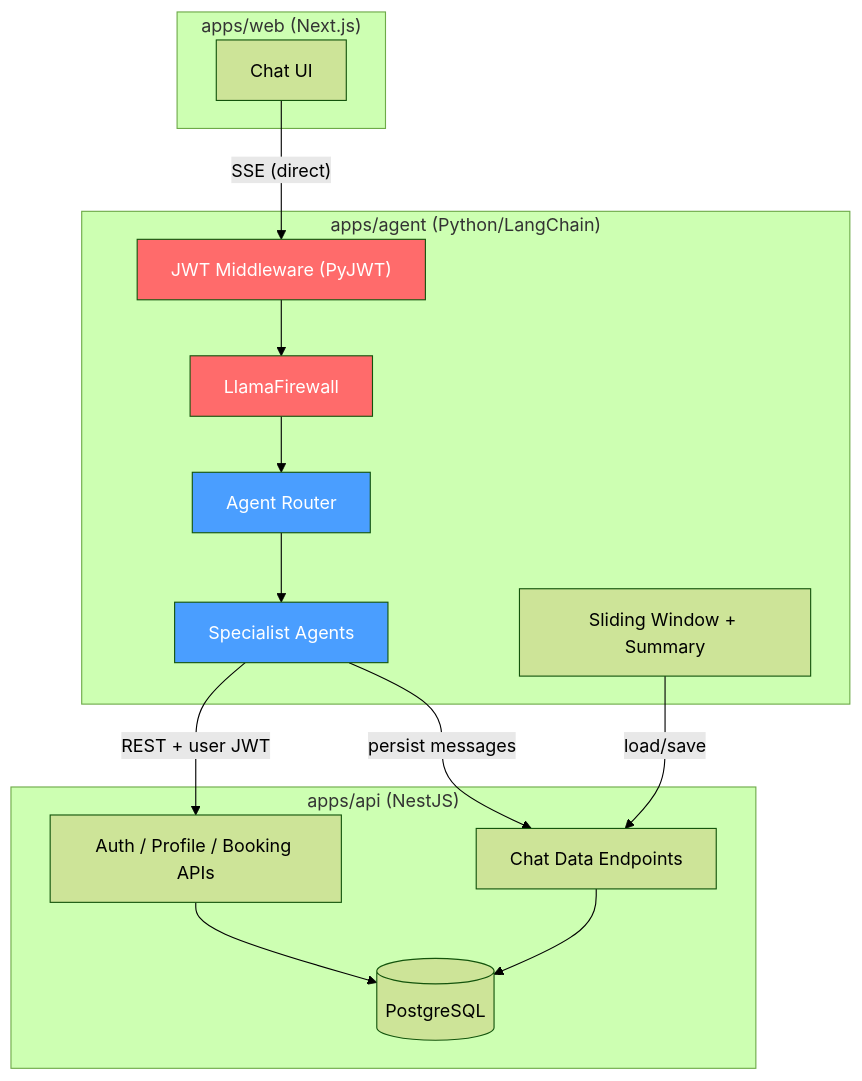
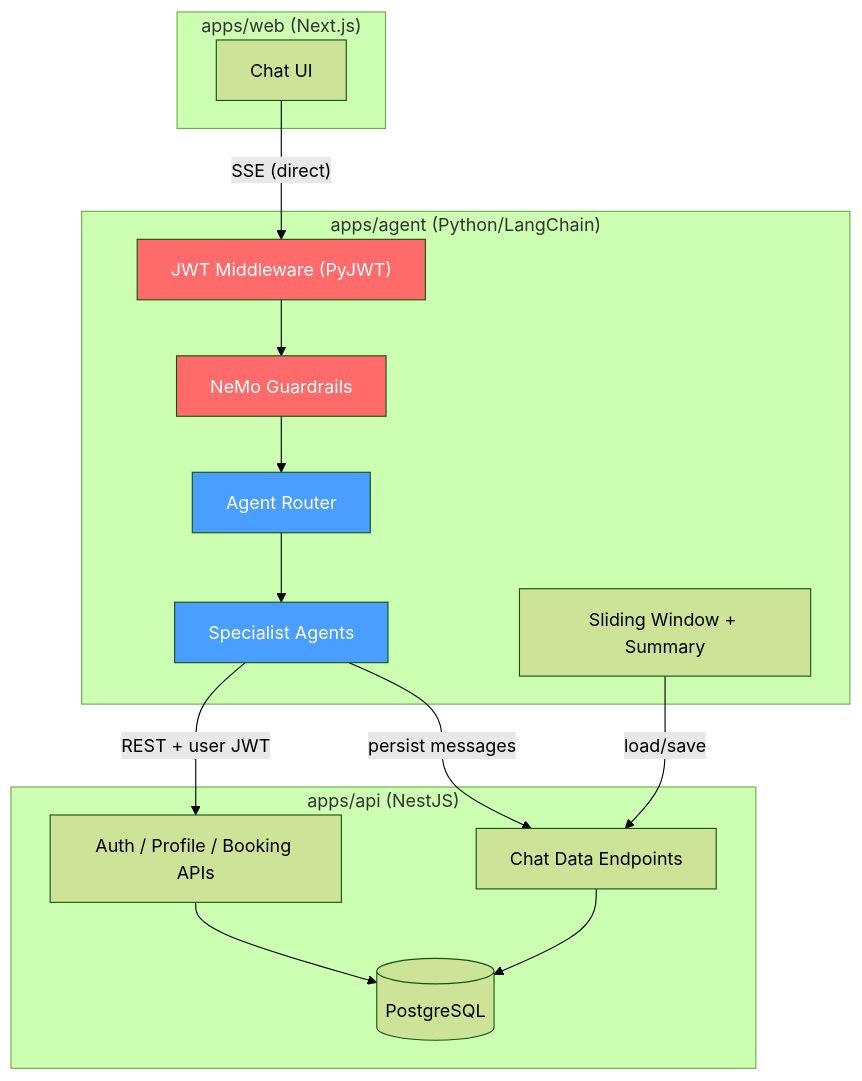
The diagram in research/chatbot-backend-architecture.md (pminhtaiii/Flight-Booking-System), drawn with Mermaid (forest theme) before and after one commit. The commit also changed other lines of this file and 8 other files, not shown here.

````diff
--- a/research/chatbot-backend-architecture.md
+++ b/research/chatbot-backend-architecture.md
@@ -120,35 +120,35 @@
 ```mermaid
 flowchart TD
     subgraph Frontend ["apps/web (Next.js)"]
         UI["Chat UI"]
     end
 
     subgraph Agent ["apps/agent (Python/LangChain)"]
-        FW["LlamaFirewall"]
+        FW["NeMo Guardrails"]
         JWT["JWT Middleware (PyJWT)"]
         Router["Agent Router"]
         Agents["Specialist Agents"]
         Memory["Sliding Window + Summary"]
     end
 
     subgraph API ["apps/api (NestJS)"]
         ChatAPI["Chat Data Endpoints"]
         AuthAPI["Auth / Profile / Booking APIs"]
         DB[(PostgreSQL)]
     end
 
     UI -- "SSE (direct)" --> JWT
     JWT --> FW
     FW --> Router
     Router --> Agents
     Agents -- "REST + user JWT" --> AuthAPI
     Agents -- "persist messages" --> ChatAPI
     Memory -- "load/save" --> ChatAPI
     ChatAPI --> DB
     AuthAPI --> DB
 
     style FW fill:#ff6b6b,color:#fff
     style JWT fill:#ff6b6b,color:#fff
     style Router fill:#4a9eff,color:#fff
     style Agents fill:#4a9eff,color:#fff
 ```
````
